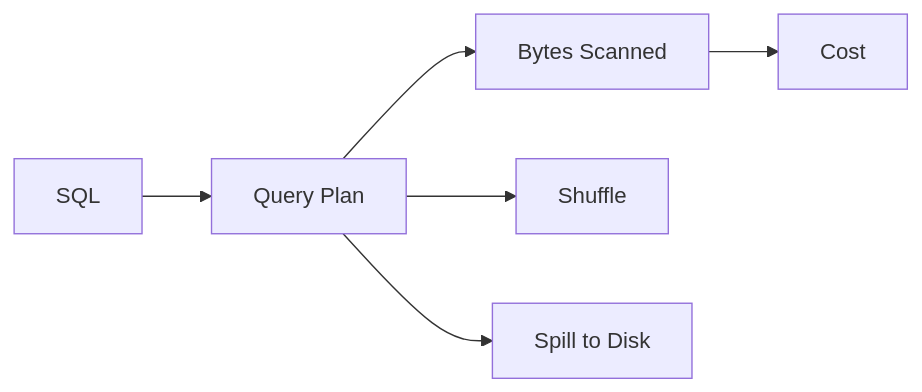
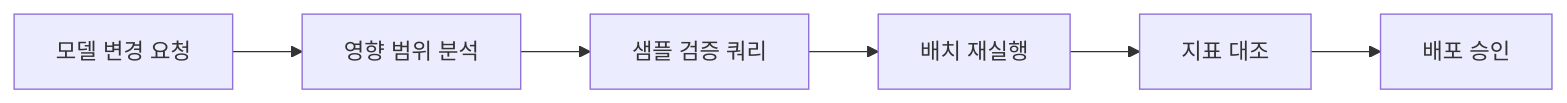
Before and after one commit to yeongseon-books/book-content: the second of 3 diagrams in docs/ko/data-warehouse-101/09-performance-optimization.md, drawn with Mermaid. The commit also changed other lines of this file and 4143 other files, not shown here.

````diff
--- a/docs/ko/data-warehouse-101/09-performance-optimization.md
+++ b/docs/ko/data-warehouse-101/09-performance-optimization.md
@@ -35,8 +539,8 @@
 ```mermaid
 flowchart LR
-    Query["SQL"] --> Plan["Query Plan"]
-    Plan --> Scan["Bytes Scanned"]
-    Plan --> Shuffle["Shuffle"]
-    Plan --> Spill["Spill to Disk"]
-    Scan --> Cost["Cost"]
+    A["모델 변경 요청"] --> B["영향 범위 분석"]
+    B --> C["샘플 검증 쿼리"]
+    C --> D["배치 재실행"]
+    D --> E["지표 대조"]
+    E --> F["배포 승인"]
 ```
````
